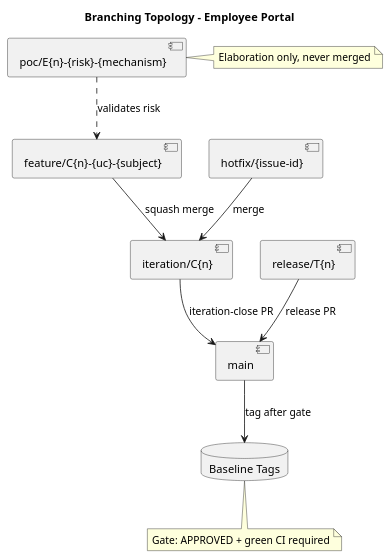
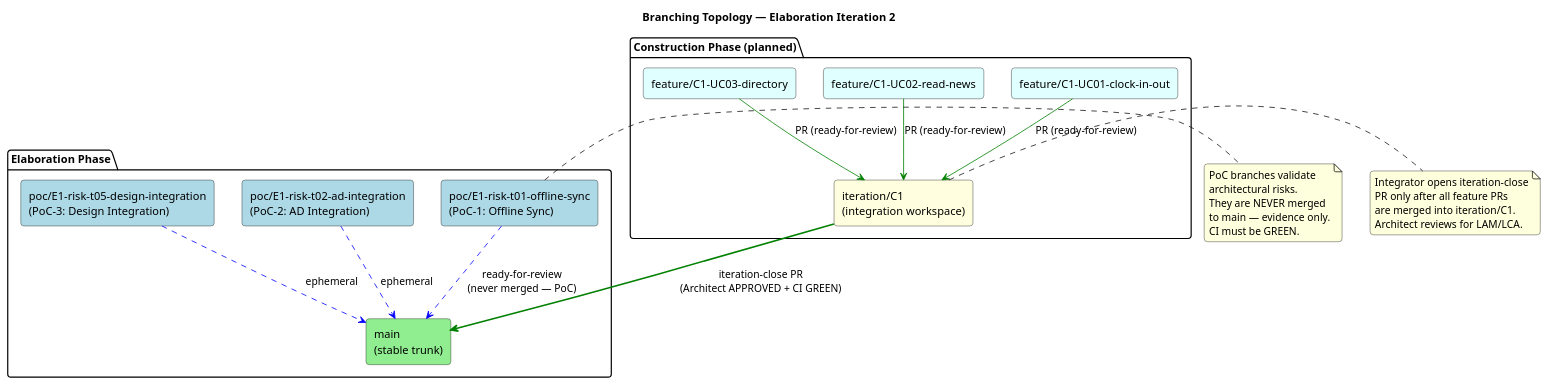
One commit to banense-test/demo-janke-lab changed the first of 2 diagrams in docs/BRANCHING_STRATEGY.md. Above: the diagram before and after it, drawn with PlantUML. The commit also changed other lines of this file, not shown here.

First line of the commit message:
chore: update BRANCHING_STRATEGY.md for Elaboration Iteration 2

````diff
--- a/docs/BRANCHING_STRATEGY.md
+++ b/docs/BRANCHING_STRATEGY.md
@@ -63,25 +66,50 @@
 ```plantuml
 @startuml
+title Branching Topology — Elaboration Iteration 2
 
-title Branching Topology - Employee Portal
+skinparam componentStyle rectangle
+skinparam shadowing false
+skinparam roundCorner 8
 
-component "poc/E{n}-{risk}-{mechanism}" as POC
-component "feature/C{n}-{uc}-{subject}" as FEAT
-component "hotfix/{issue-id}" as HOTFIX
-component "iteration/C{n}" as ITER
-component "release/T{n}" as REL
-component "main" as MAIN
-database "Baseline Tags" as TAGS
+package "Elaboration Phase" {
+  component "main\n(stable trunk)" as MAIN #LightGreen
+  component "poc/E1-risk-t01-offline-sync\n(PoC-1: Offline Sync)" as POC1 #LightBlue
+  component "poc/E1-risk-t02-ad-integration\n(PoC-2: AD Integration)" as POC2 #LightBlue
+  component "poc/E1-risk-t05-design-integration\n(PoC-3: Design Integration)" as POC3 #LightBlue
+}
 
-POC ..> FEAT : validates risk
-FEAT --> ITER : squash merge
-HOTFIX --> ITER : merge
-ITER --> MAIN : iteration-close PR
-REL --> MAIN : release PR
-MAIN --> TAGS : tag after gate
+package "Construction Phase (planned)" {
+  component "iteration/C1\n(integration workspace)" as ITER_C1 #LightYellow
+  component "feature/C1-UC01-clock-in-out" as FEAT_UC01 #LightCyan
+  component "feature/C1-UC02-read-news" as FEAT_UC02 #LightCyan
+  component "feature/C1-UC03-directory" as FEAT_UC03 #LightCyan
+}
 
-note right of POC: Elaboration only, never merged
-note bottom of TAGS: Gate: APPROVED + green CI required
+' Elaboration PoC branches — ephemeral, never merged to main
+POC1 -[#blue,dashed]-> MAIN : "ready-for-review\n(never merged — PoC)"
+POC2 -[#blue,dashed]-> MAIN : "ephemeral"
+POC3 -[#blue,dashed]-> MAIN : "ephemeral"
+
+' Construction feature branches → iteration branch → main
+FEAT_UC01 -[#green]-> ITER_C1 : "PR (ready-for-review)"
+FEAT_UC02 -[#green]-> ITER_C1 : "PR (ready-for-review)"
+FEAT_UC03 -[#green]-> ITER_C1 : "PR (ready-for-review)"
+ITER_C1 -[#green,bold]-> MAIN : "iteration-close PR\n(Architect APPROVED + CI GREEN)"
+
+note right of POC1
+  PoC branches validate
+  architectural risks.
+  They are NEVER merged
+  to main — evidence only.
+  CI must be GREEN.
+end note
+
+note right of ITER_C1
+  Integrator opens iteration-close
+  PR only after all feature PRs
+  are merged into iteration/C1.
+  Architect reviews for LAM/LCA.
+end note
 
 @enduml
 ```
````
